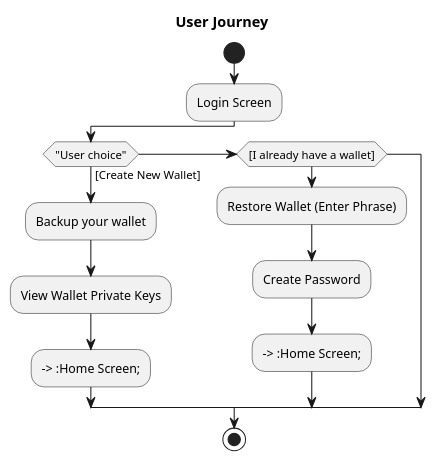
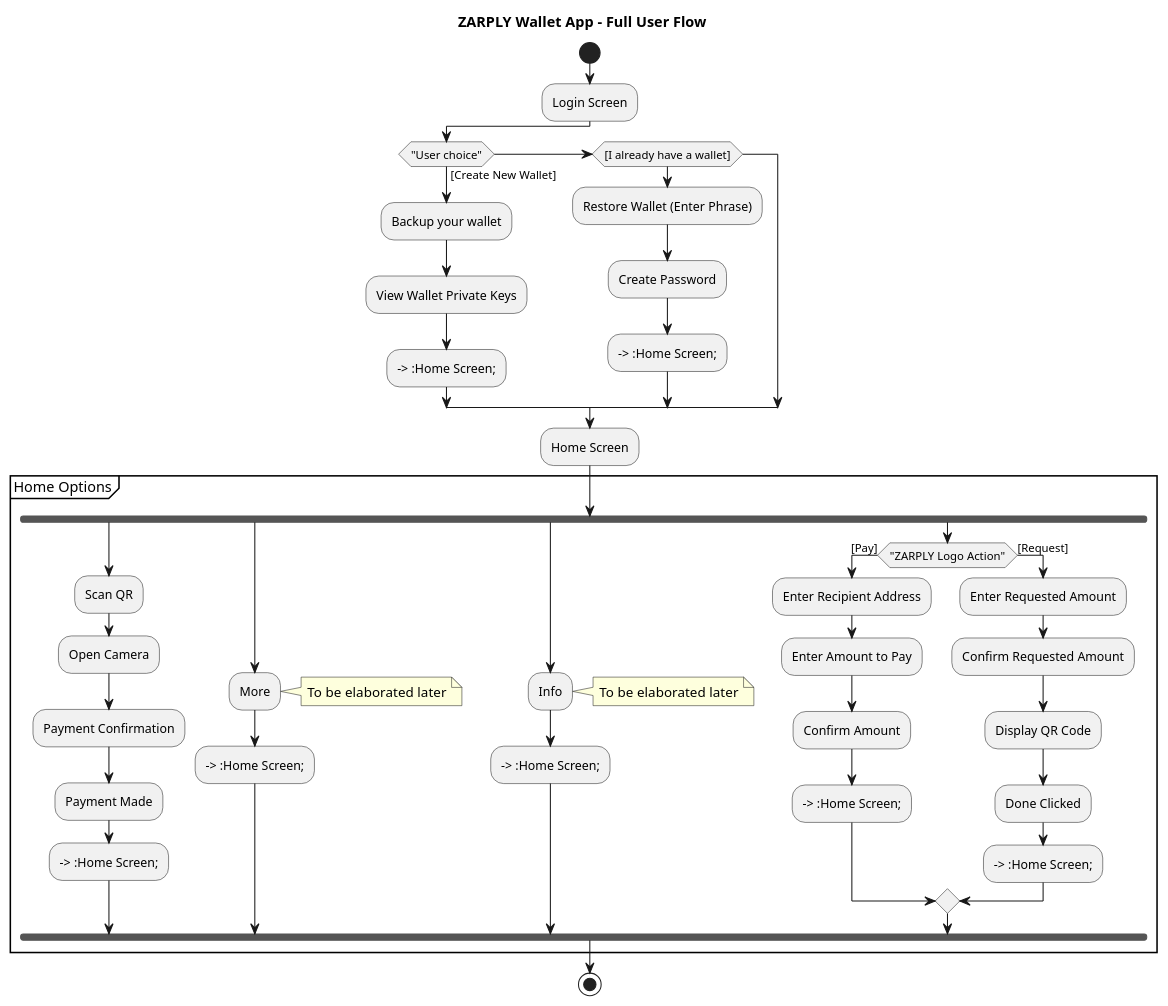
The diagram in docs/user_journey.puml (ZARPLY/zarply-ce), drawn with PlantUML before and after one commit.

Commit message:
WIP:docs-adding-slow-chart-to-docs

```diff
--- a/docs/user_journey.puml
+++ b/docs/user_journey.puml
@@ -1,20 +1,56 @@
 @startuml
-title User Journey
+title ZARPLY Wallet App - Full User Flow
 
 start
 
 :Login Screen;
 
 if ("User choice") then ([Create New Wallet])
   :Backup your wallet;
   :View Wallet Private Keys;
   --> :Home Screen;
 elseif ([I already have a wallet])
   :Restore Wallet (Enter Phrase);
   :Create Password;
   --> :Home Screen;
 endif
 
+:Home Screen;
+
+partition "Home Options" {
+  fork
+    :Scan QR;
+    :Open Camera;
+    :Payment Confirmation;
+    :Payment Made;
+    --> :Home Screen;
+  fork again
+    :More;
+    note right
+      To be elaborated later
+    end note
+    --> :Home Screen;
+  fork again
+    :Info;
+    note right
+      To be elaborated later
+    end note
+    --> :Home Screen;
+  fork again
+    if ("ZARPLY Logo Action") then ([Pay])
+      :Enter Recipient Address;
+      :Enter Amount to Pay;
+      :Confirm Amount;
+      --> :Home Screen;
+    else ([Request])
+      :Enter Requested Amount;
+      :Confirm Requested Amount;
+      :Display QR Code;
+      :Done Clicked;
+      --> :Home Screen;
+    endif
+  end fork
+}
+
 stop
-
 @enduml
```
